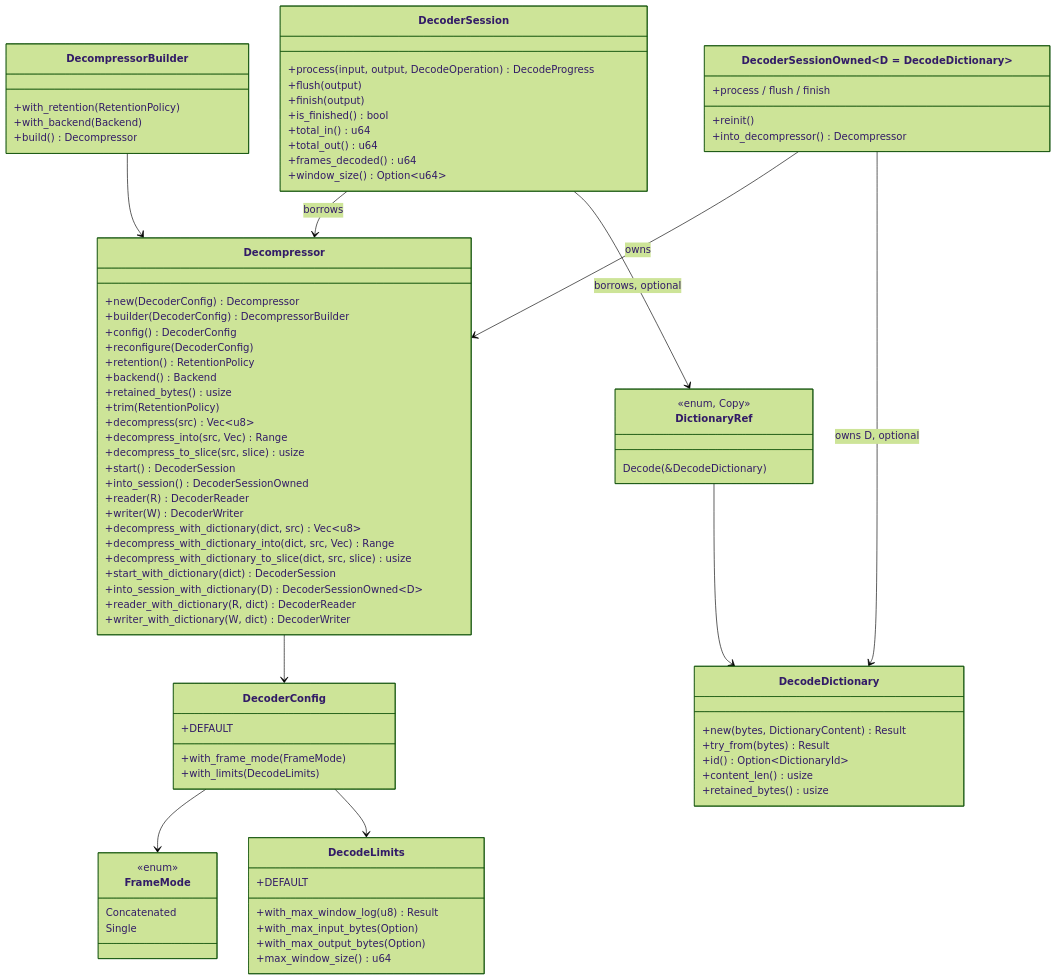
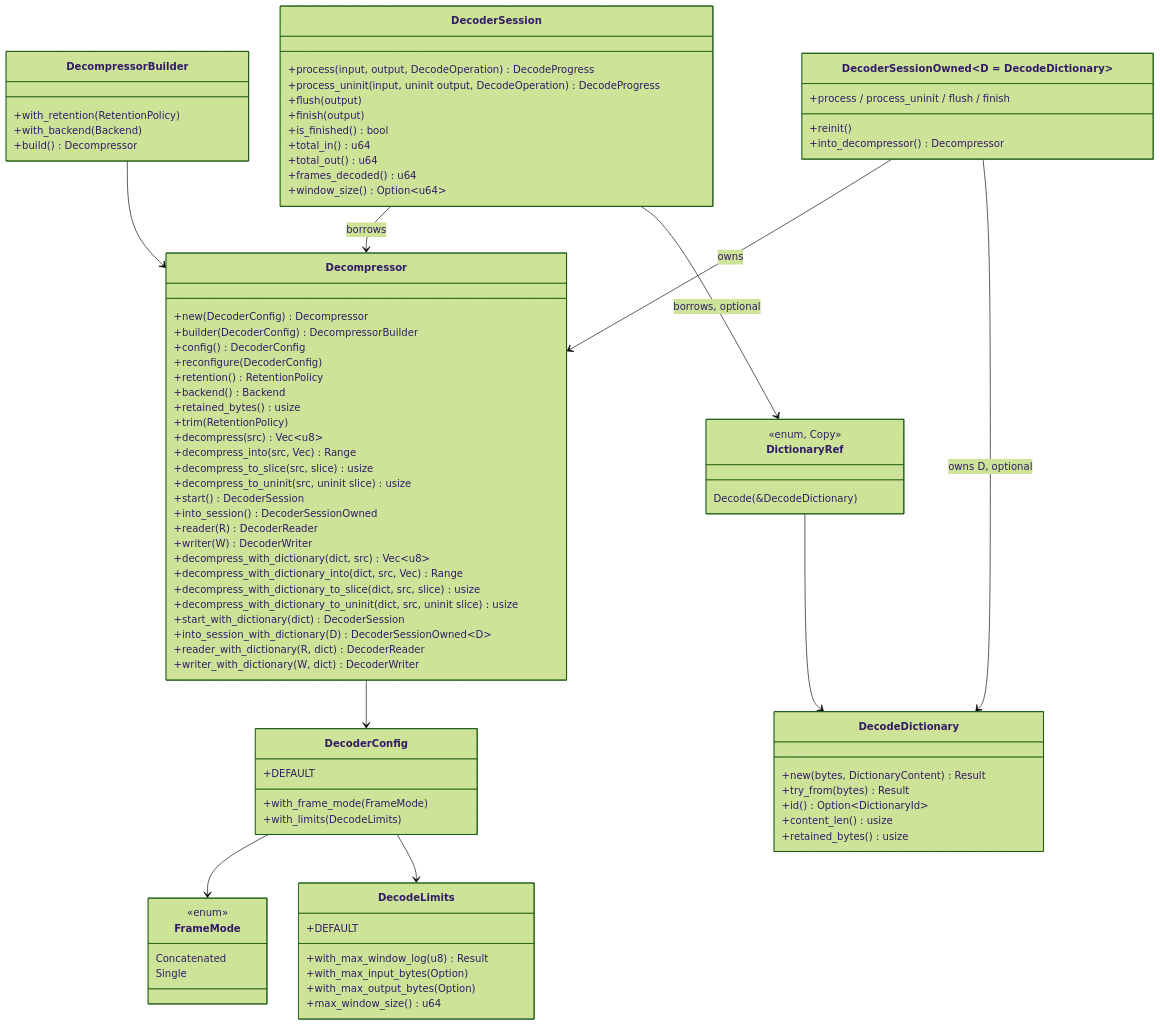
One commit to M-Compressors/mzstd changed the second of 9 diagrams in architecture/decompressor.md. Above: the diagram before and after it, drawn with Mermaid (forest theme). The commit also changed other lines of this file and 24 other files, not shown here.

Commit message:
Impl decompress uninit, unset params and skippable frames

```diff
--- a/architecture/decompressor.md
+++ b/architecture/decompressor.md
@@ -74,6 +74,7 @@
         +decompress(src) Vec~u8~
         +decompress_into(src, Vec) Range
         +decompress_to_slice(src, slice) usize
+        +decompress_to_uninit(src, uninit slice) usize
         +start() DecoderSession
         +into_session() DecoderSessionOwned
         +reader(R) DecoderReader
@@ -81,6 +82,7 @@
         +decompress_with_dictionary(dict, src) Vec~u8~
         +decompress_with_dictionary_into(dict, src, Vec) Range
         +decompress_with_dictionary_to_slice(dict, src, slice) usize
+        +decompress_with_dictionary_to_uninit(dict, src, uninit slice) usize
         +start_with_dictionary(dict) DecoderSession
         +into_session_with_dictionary(D) DecoderSessionOwned~D~
         +reader_with_dictionary(R, dict) DecoderReader
@@ -121,6 +123,7 @@
     }
     class DecoderSession {
         +process(input, output, DecodeOperation) DecodeProgress
+        +process_uninit(input, uninit output, DecodeOperation) DecodeProgress
         +flush(output)
         +finish(output)
         +is_finished() bool
@@ -130,7 +133,7 @@
         +window_size() Option~u64~
     }
     class DecoderSessionOwned~D = DecodeDictionary~ {
-        +process / flush / finish
+        +process / process_uninit / flush / finish
         +reinit()
         +into_decompressor() Decompressor
     }
```
